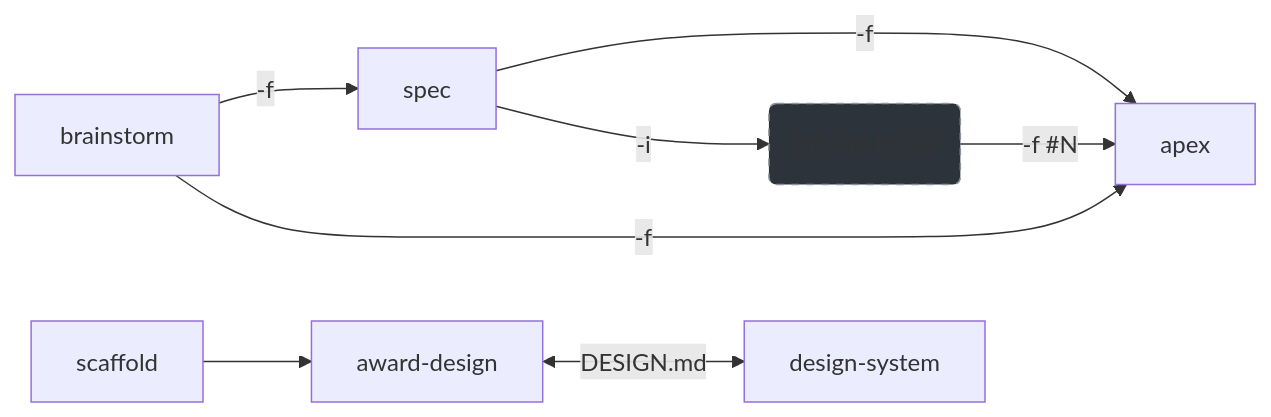
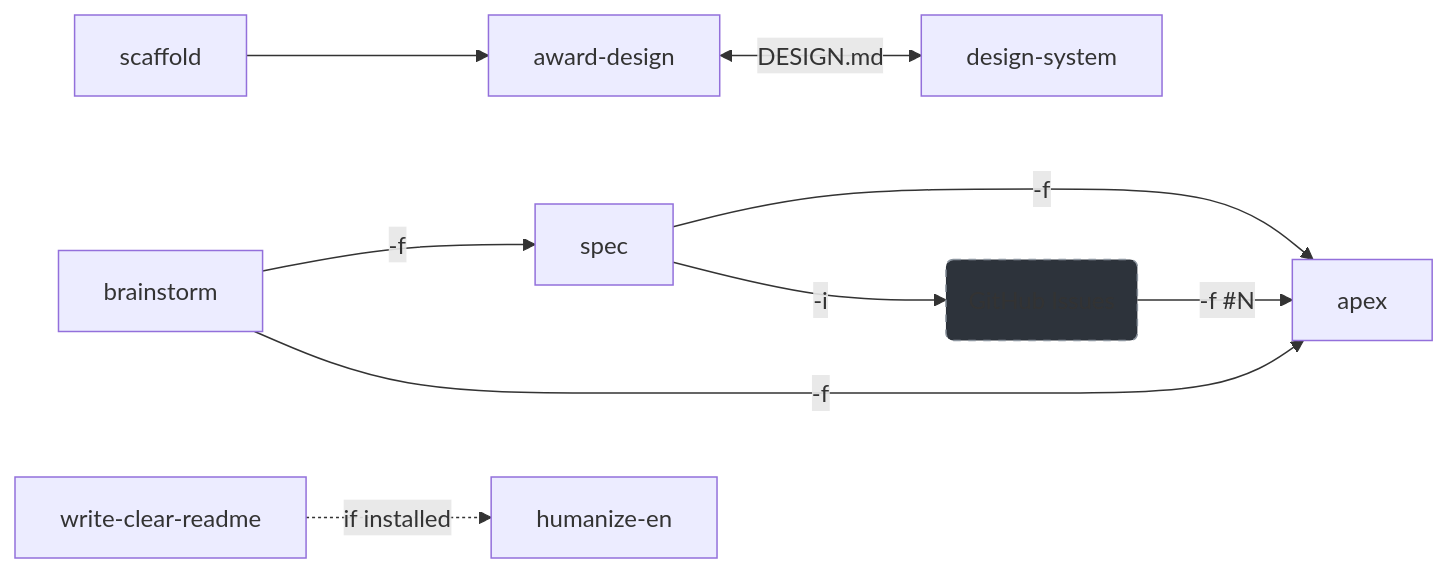
One commit to coroboros/agent-skills changed the diagram in README.md. Above: the diagram before and after it, drawn with Mermaid. The commit also changed other lines of this file and 7 other files, not shown here.

````diff
--- a/README.md
+++ b/README.md
@@ -623,13 +657,15 @@
 ```mermaid
 graph LR
   brainstorm -->|"-f"| spec
   brainstorm -->|"-f"| apex
   spec -->|"-f"| apex
   spec -->|"-i"| issues(GitHub Issues)
   issues -->|"-f #N"| apex
 
   scaffold --> award-design
   award-design <-->|DESIGN.md| design-system
 
+  write-clear-readme -.->|if installed| humanize-en
+
   style issues fill:#2d333b,stroke:#8b949e,stroke-dasharray: 5 5
 ```
````
